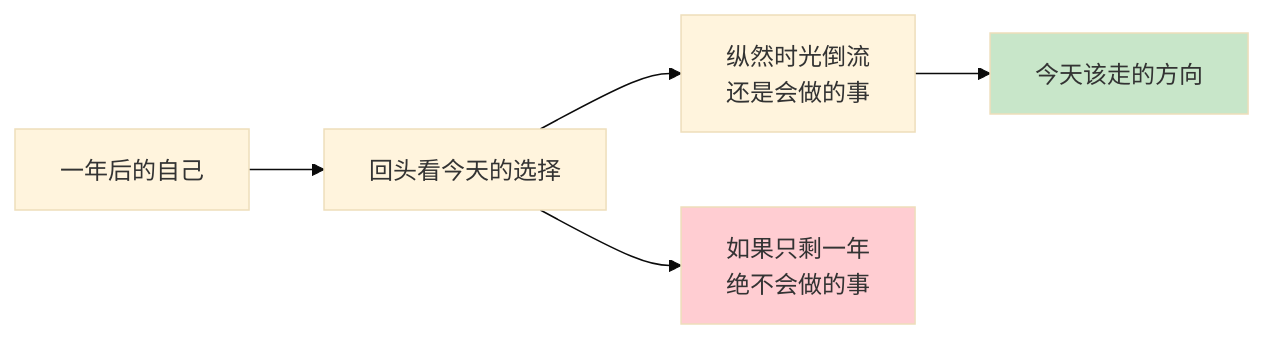
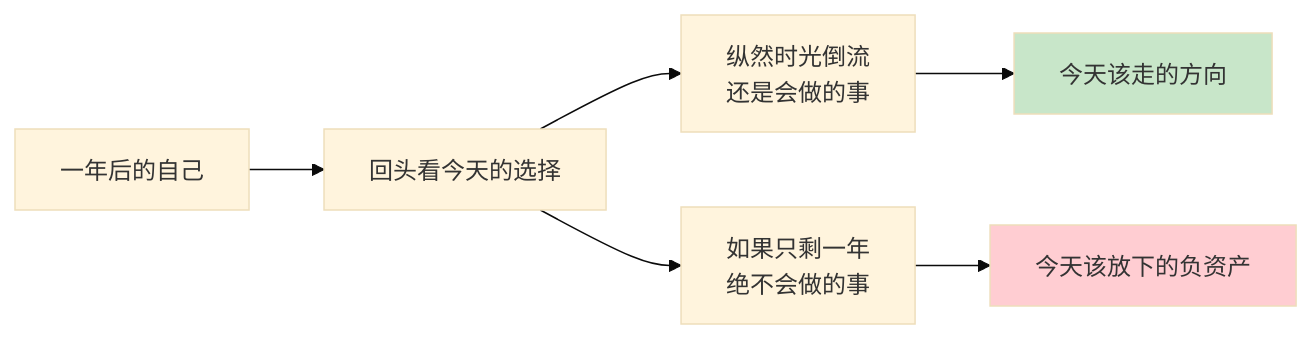
One commit to chongyang211/YCBookBlog changed the third of 5 diagrams in book/27.时间管理30天/02.Day02-考虑极限情景.md. Above: the diagram before and after it, drawn with Mermaid (base theme). The commit also changed other lines of this file and 1 other file, not shown here.

````diff
--- a/book/27.时间管理30天/02.Day02-考虑极限情景.md
+++ b/book/27.时间管理30天/02.Day02-考虑极限情景.md
@@ -77,9 +145,10 @@
 ```mermaid
 graph LR
     A[一年后的自己] --> B[回头看今天的选择]
     B --> C[纵然时光倒流<br/>还是会做的事]
-    B --> D[如果只剩一年<br>绝不会做的事]
+    B --> D[如果只剩一年<br/>绝不会做的事]
     C --> E[今天该走的方向]
+    D --> F[今天该放下的负资产]
     style E fill:#c8e6c9
-    style D fill:#ffcdd2
+    style F fill:#ffcdd2
 ```
````
